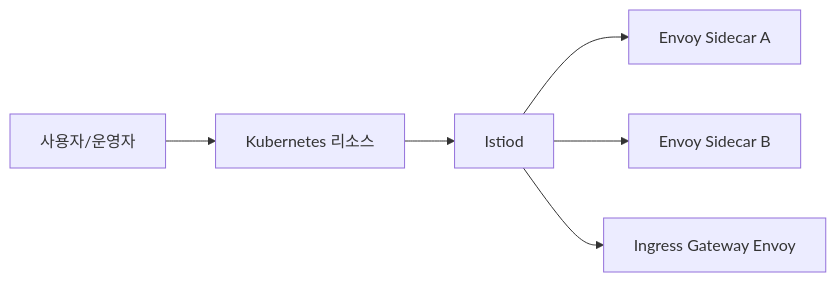
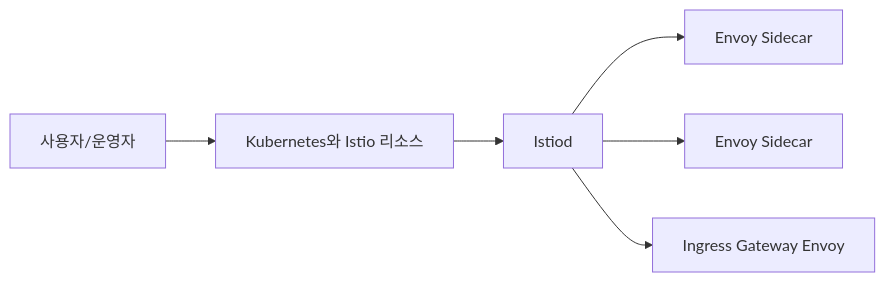
The second of 5 diagrams in posts/week1-istio-intro.md (rlaehdwn0105/istio-study), drawn with Mermaid before and after one commit. The commit also changed other lines of this file and 1 other file, not shown here.

````diff
--- a/posts/week1-istio-intro.md
+++ b/posts/week1-istio-intro.md
@@ -194,15 +98,8 @@
 ```mermaid
 flowchart LR
-    Dev[사용자/운영자]
-    K8s[Kubernetes 리소스]
-    Istiod[Istiod]
-    P1[Envoy Sidecar A]
-    P2[Envoy Sidecar B]
-    GW[Ingress Gateway Envoy]
-
-    Dev --> K8s
-    K8s --> Istiod
-    Istiod --> P1
-    Istiod --> P2
-    Istiod --> GW
+    Dev[사용자/운영자] --> K8s[Kubernetes와 Istio 리소스]
+    K8s --> Istiod[Istiod]
+    Istiod --> P1[Envoy Sidecar]
+    Istiod --> P2[Envoy Sidecar]
+    Istiod --> GW[Ingress Gateway Envoy]
 ```
````
